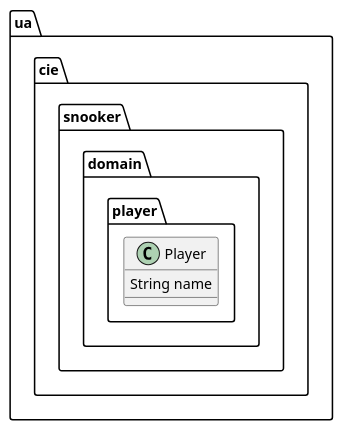
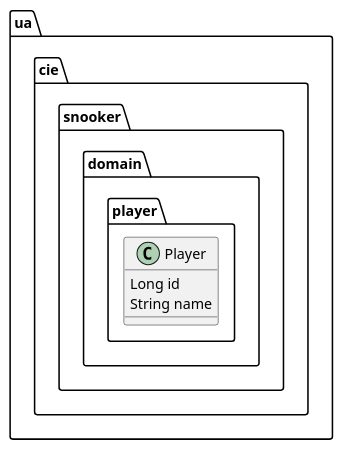
The diagram in src/docs/domain/player/Player.puml (CollaborationInEncapsulation/snooker), drawn with PlantUML before and after one commit. The commit also changed 9 other files, not shown here.

```diff
--- a/src/docs/domain/player/Player.puml
+++ b/src/docs/domain/player/Player.puml
@@ -1,9 +1,10 @@
 @startuml
 
 package  ua.cie.snooker.domain.player {
     class Player {
+        Long id
         String name
     }
 }
 
 @enduml
```
